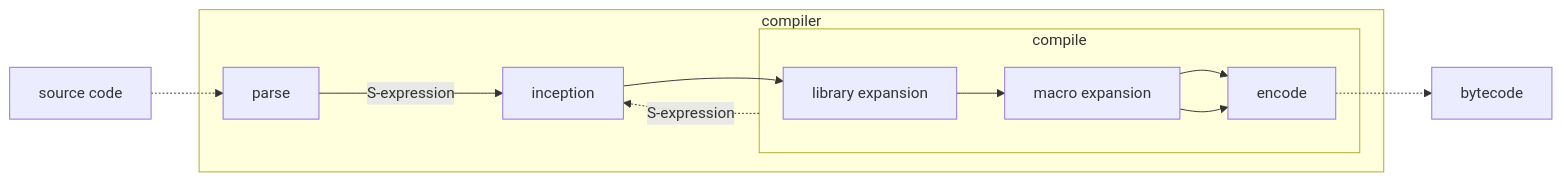
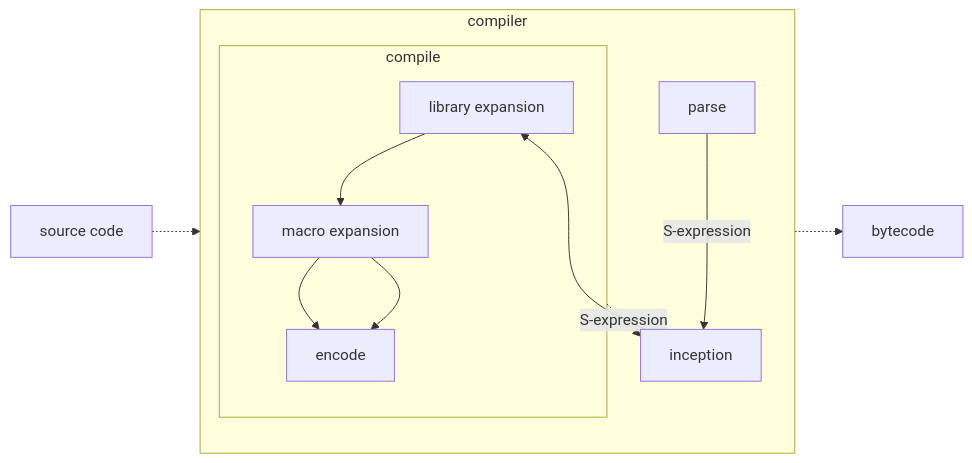
The diagram in slides/papers/stak-scheme/eval.mmd (raviqqe/doc), drawn with Mermaid before and after one commit.

```diff
--- a/slides/papers/stak-scheme/eval.mmd
+++ b/slides/papers/stak-scheme/eval.mmd
@@ -1,16 +1,17 @@
 flowchart LR
   d0[source code] -.-> c1
 
   subgraph s0[compiler]
+    direction TB
     c1[parse] --->|S-expression| c2[inception] --> c3
 
     subgraph s1[compile]
       c3[library expansion] --> c4[macro expansion] --> c5[compile]
     end
 
     s1 -.->|S-expression| c2
 
     c4 --> c5[encode]
   end
 
   c5 -.-> d1[bytecode]
```
